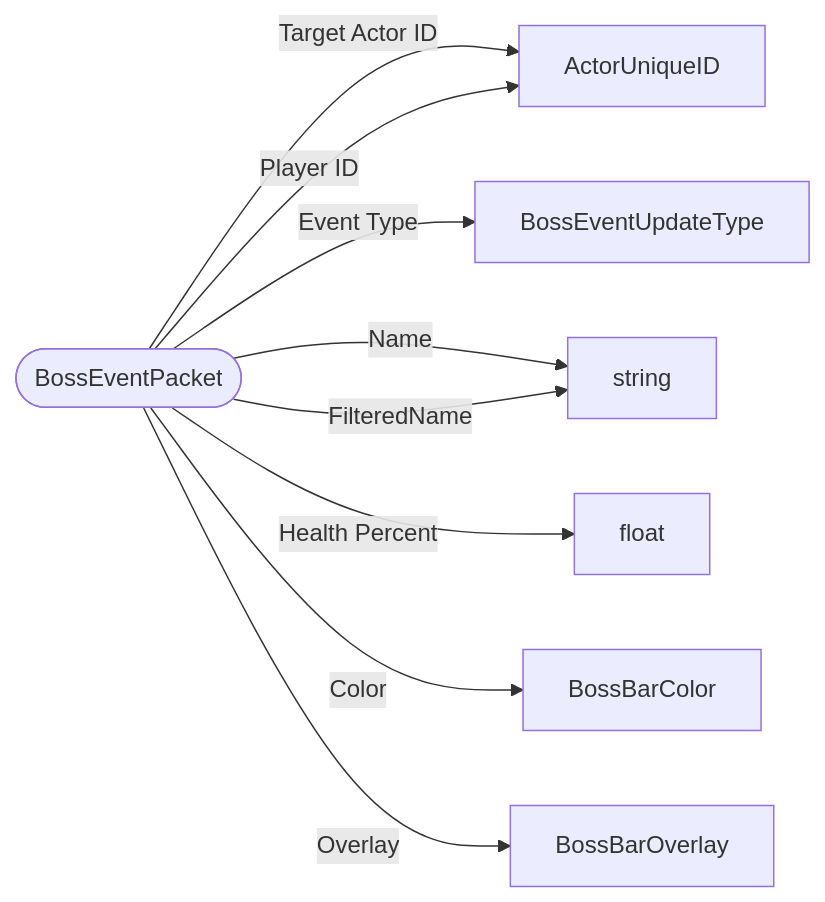
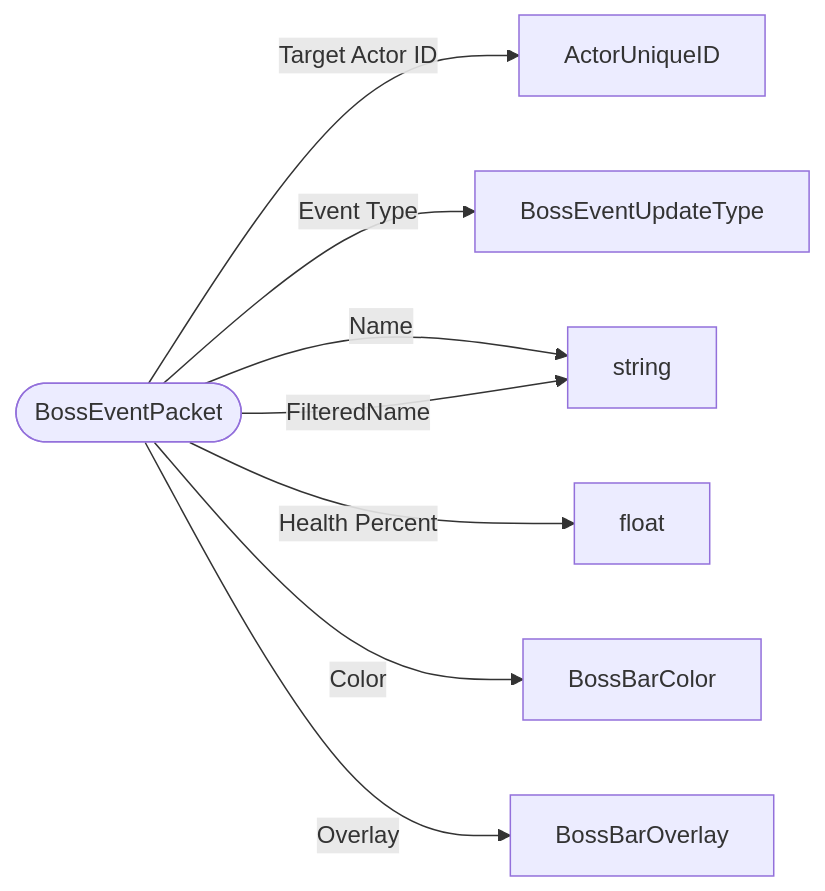
One commit to bedrock-v/protocol-docs changed the diagram in schemas/packets/BossEventPacket.md. Above: the diagram before and after it, drawn with Mermaid. The commit also changed 114 other files, not shown here.

````diff
--- a/schemas/packets/BossEventPacket.md
+++ b/schemas/packets/BossEventPacket.md
@@ -7,12 +7,11 @@
 ```mermaid
 flowchart LR
   ROOT(["BossEventPacket"])
   ROOT -->|"Target Actor ID"| ActorUniqueID["ActorUniqueID"]
-  ROOT -->|"Player ID"| ActorUniqueID["ActorUniqueID"]
   ROOT -->|"Event Type"| BossEventUpdateType["BossEventUpdateType"]
   ROOT -->|"Name"| string["string"]
   ROOT -->|"FilteredName"| string["string"]
   ROOT -->|"Health Percent"| float["float"]
   ROOT -->|"Color"| BossBarColor["BossBarColor"]
   ROOT -->|"Overlay"| BossBarOverlay["BossBarOverlay"]
 ```
````
